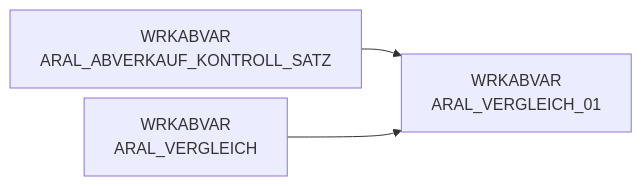
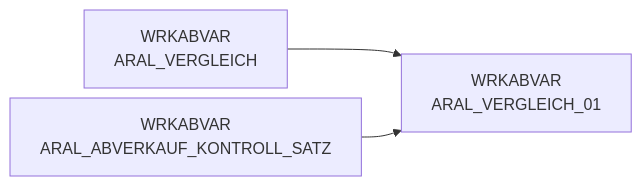
One commit to integration-factory-de/sas_code_docs changed the diagram in docs/Tables/WRKABVAR/ARAL_VERGLEICH_01.md. Above: the diagram before and after it, drawn with Mermaid. The commit also changed other lines of this file and 129 other files, not shown here.

````diff
--- a/docs/Tables/WRKABVAR/ARAL_VERGLEICH_01.md
+++ b/docs/Tables/WRKABVAR/ARAL_VERGLEICH_01.md
@@ -9,12 +17,12 @@
 ```mermaid
 %%{init: {'flowchart': { 'nodeSpacing': 10, 'rankSpacing': 40, 'rankdir': 'TB' }}}%%
 
 flowchart LR
 
+  WRKABVAR.ARAL_VERGLEICH["WRKABVAR<br/>ARAL_VERGLEICH"] --> WRKABVAR.ARAL_VERGLEICH_01["WRKABVAR<br/>ARAL_VERGLEICH_01"]
   WRKABVAR.ARAL_ABVERKAUF_KONTROLL_SATZ["WRKABVAR<br/>ARAL_ABVERKAUF_KONTROLL_SATZ"] --> WRKABVAR.ARAL_VERGLEICH_01["WRKABVAR<br/>ARAL_VERGLEICH_01"]
-  WRKABVAR.ARAL_VERGLEICH["WRKABVAR<br/>ARAL_VERGLEICH"] --> WRKABVAR.ARAL_VERGLEICH_01["WRKABVAR<br/>ARAL_VERGLEICH_01"]
+  click WRKABVAR.ARAL_VERGLEICH "../../tables/WRKABVAR/ARAL_VERGLEICH"
   click WRKABVAR.ARAL_ABVERKAUF_KONTROLL_SATZ "../../tables/WRKABVAR/ARAL_ABVERKAUF_KONTROLL_SATZ"
-  click WRKABVAR.ARAL_VERGLEICH "../../tables/WRKABVAR/ARAL_VERGLEICH"
   click WRKABVAR.ARAL_VERGLEICH_01 "../../tables/WRKABVAR/ARAL_VERGLEICH_01"
   click WRKABVAR.ARAL_VERGLEICH_01 "../../tables/WRKABVAR/ARAL_VERGLEICH_01"
 ```
````
